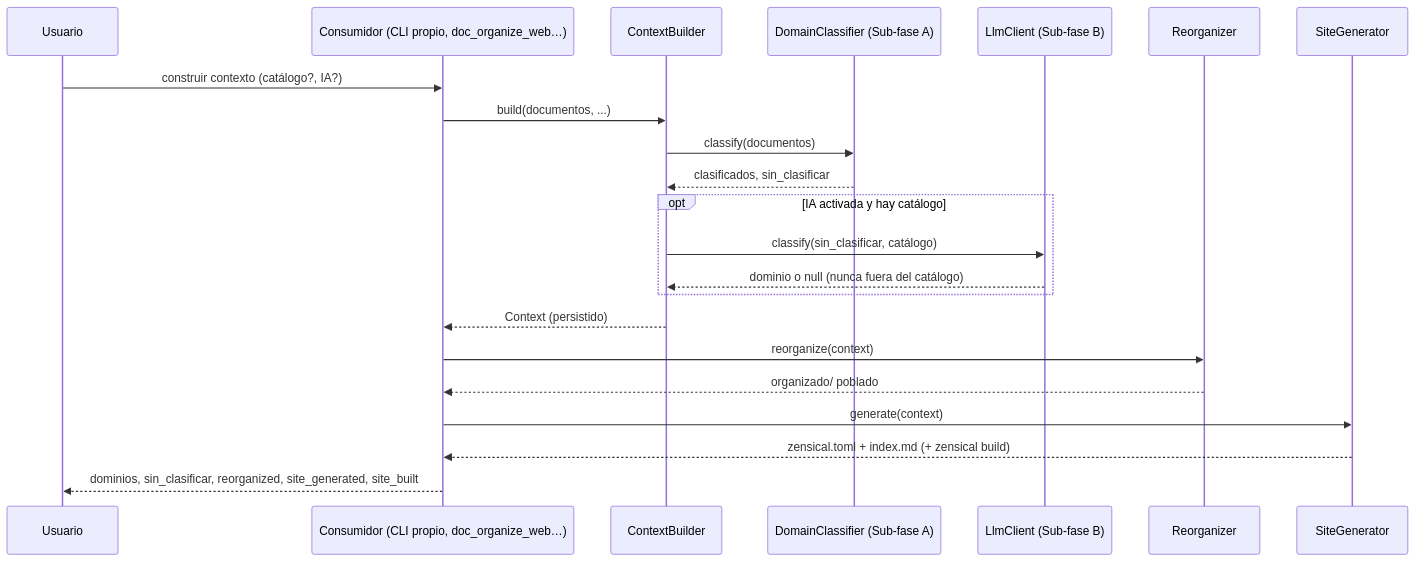
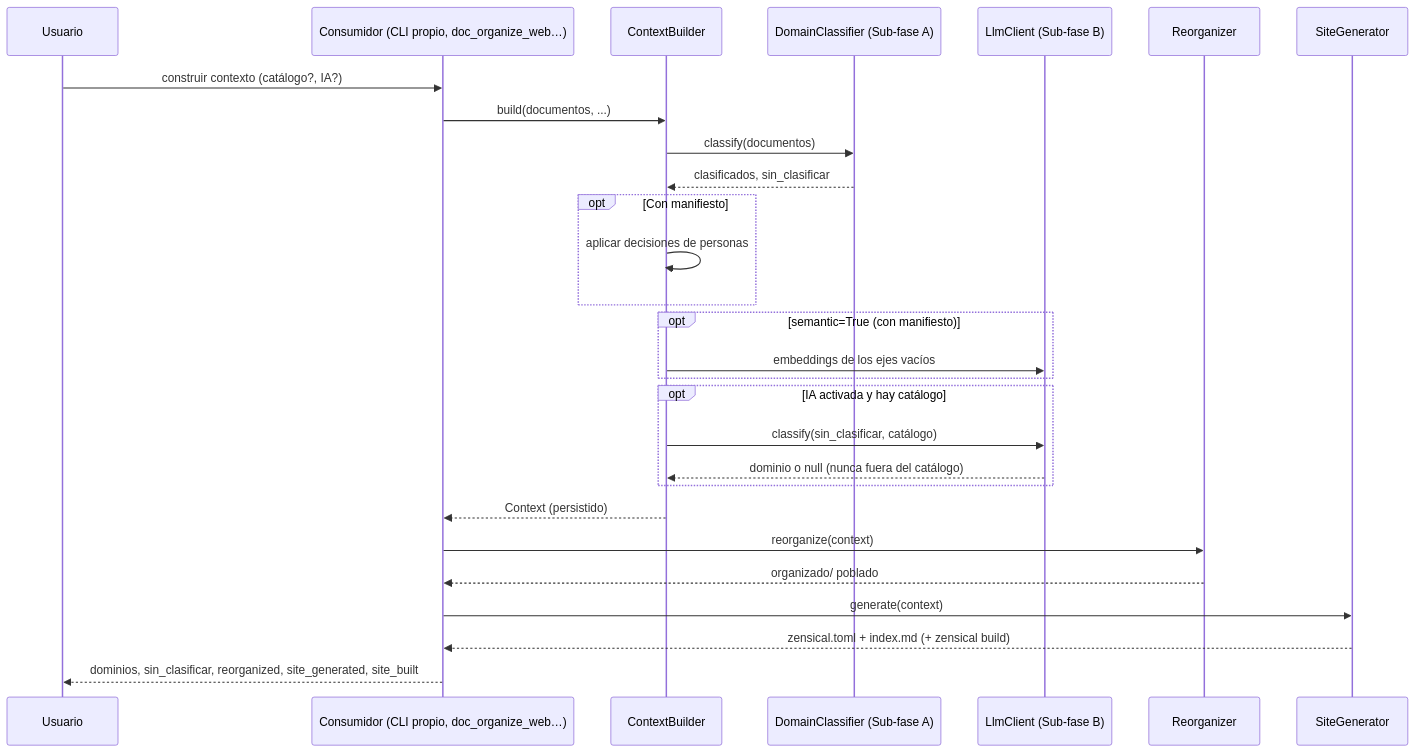
Before and after one commit to fmanza/doc_organize: the diagram in docs/functional/context.md, drawn with Mermaid. The commit also changed other lines of this file and 57 other files, not shown here.

````diff
--- a/docs/functional/context.md
+++ b/docs/functional/context.md
@@ -34,25 +42,31 @@
 ```mermaid
 sequenceDiagram
     participant Usuario
     participant API as Consumidor (CLI propio, doc_organize_web…)
     participant Builder as ContextBuilder
     participant RulesA as DomainClassifier (Sub-fase A)
     participant IA as LlmClient (Sub-fase B)
     participant Reorg as Reorganizer
     participant Site as SiteGenerator
 
     Usuario->>API: construir contexto (catálogo?, IA?)
     API->>Builder: build(documentos, ...)
     Builder->>RulesA: classify(documentos)
     RulesA-->>Builder: clasificados, sin_clasificar
+    opt Con manifiesto
+        Builder->>Builder: aplicar decisiones de personas
+    end
+    opt semantic=True (con manifiesto)
+        Builder->>IA: embeddings de los ejes vacíos
+    end
     opt IA activada y hay catálogo
         Builder->>IA: classify(sin_clasificar, catálogo)
         IA-->>Builder: dominio o null (nunca fuera del catálogo)
     end
     Builder-->>API: Context (persistido)
     API->>Reorg: reorganize(context)
     Reorg-->>API: organizado/ poblado
     API->>Site: generate(context)
     Site-->>API: zensical.toml + index.md (+ zensical build)
     API-->>Usuario: dominios, sin_clasificar, reorganized, site_generated, site_built
 ```
````
